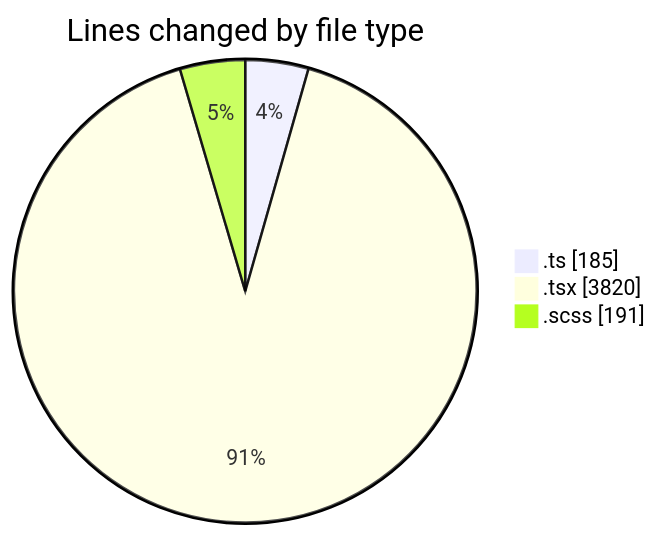
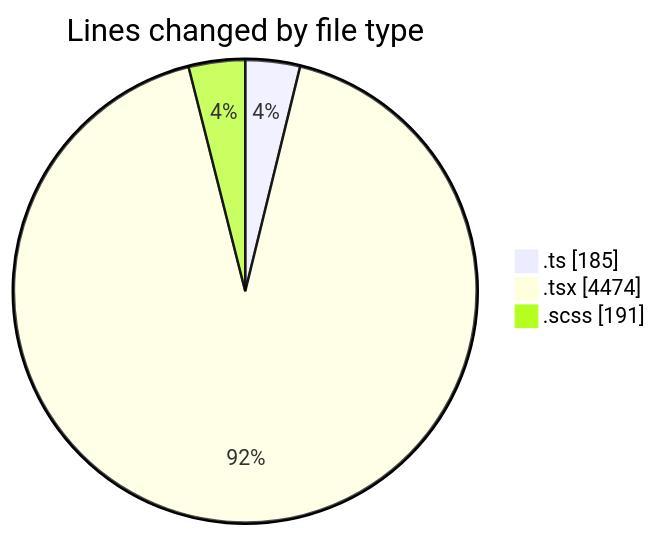
The first of 2 diagrams in 2026-11-05/cda/README.md (momahboobian/code-tracking), drawn with Mermaid before and after one commit. The commit also changed other lines of this file and 1 other file, not shown here.

````diff
--- a/2026-11-05/cda/README.md
+++ b/2026-11-05/cda/README.md
@@ -35,7 +37,7 @@
 ```mermaid
 pie showData
 title Lines changed by file type
 ".ts" : 185
-".tsx" : 3820
+".tsx" : 4474
 ".scss" : 191
 ```
````
